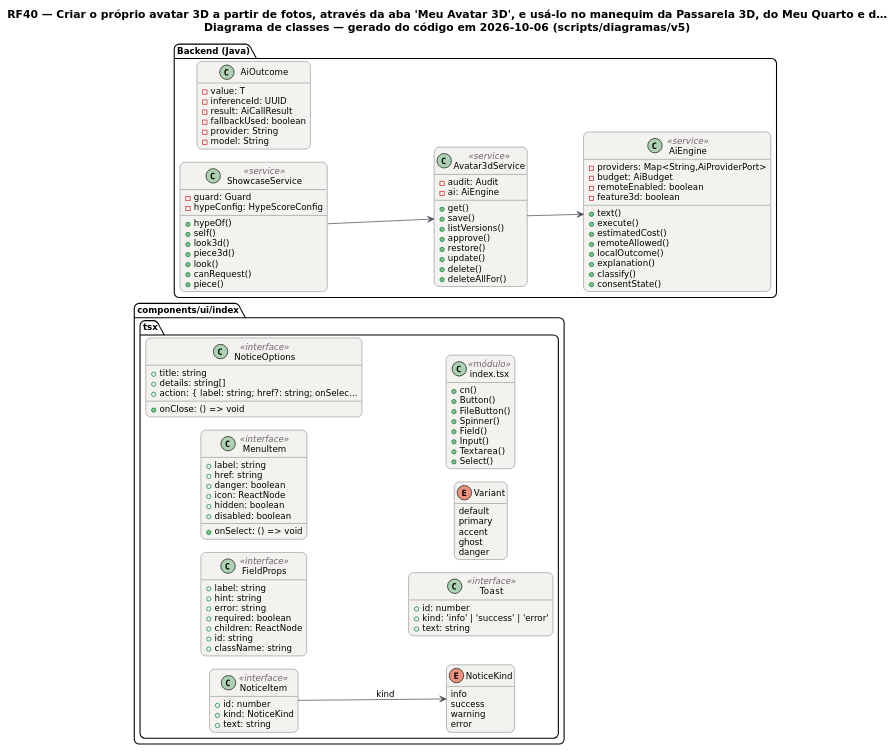
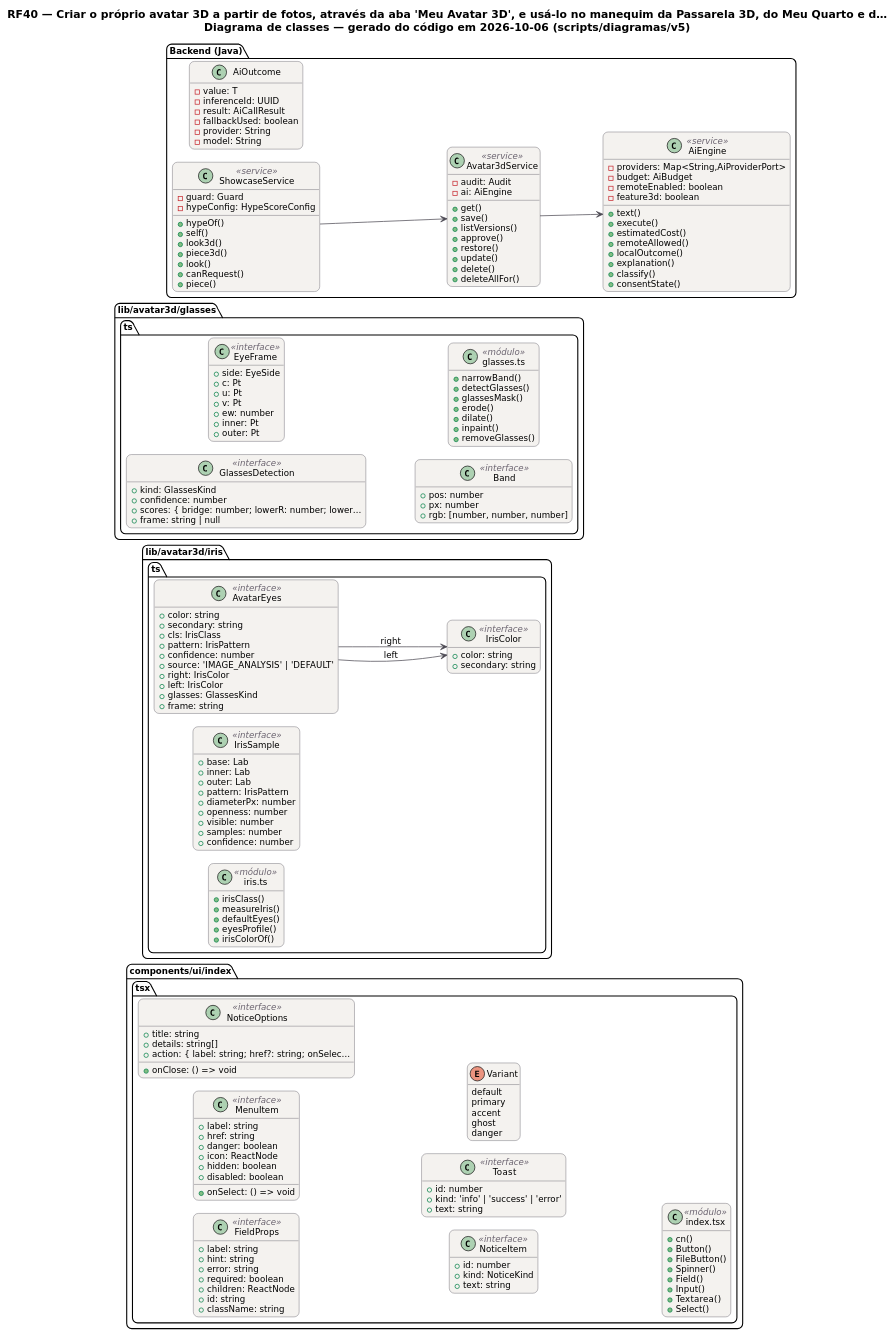
Before and after one commit to MatheusHaliski/tcc-2026-fashion-ai-backend: the diagram in docs/diagramas/RF40/RF40-classes.puml, drawn with PlantUML. The commit also changed 30 other files, not shown here.

```diff
--- a/docs/diagramas/RF40/RF40-classes.puml
+++ b/docs/diagramas/RF40/RF40-classes.puml
@@ -1,134 +1,196 @@
 @startuml RF40_Classes
 !pragma layout smetana
 skinparam backgroundColor #FFFFFF
 skinparam shadowing false
 skinparam defaultFontName "DejaVu Sans"
 skinparam defaultFontSize 12
 skinparam titleFontSize 15
 skinparam roundcorner 14
 skinparam ArrowColor #52606D
 skinparam note {
   BackgroundColor #FFFDEB
   BorderColor #D8CE78
   FontColor #554F24
 }
 skinparam class {
   BackgroundColor #F4F2EF
   BorderColor #4A4852
   ArrowColor #4A4852
   StereotypeFontColor #6B6470
 }
 hide empty members
 left to right direction
 title RF40 — Criar o próprio avatar 3D a partir de fotos, através da aba 'Meu Avatar 3D', e usá-lo no manequim da Passarela 3D, do Meu Quarto e d…\nDiagrama de classes — gerado do código em 2026-10-06 (scripts/diagramas/v5)
 
 package "components/ui/index.tsx" {
   class FieldProps as "FieldProps" <<interface>> {
     +label: string
     +hint: string
     +error: string
     +required: boolean
     +children: ReactNode
     +id: string
     +className: string
   }
   class MenuItem as "MenuItem" <<interface>> {
     +label: string
     +onSelect: () => void
     +href: string
     +danger: boolean
     +icon: ReactNode
     +hidden: boolean
     +disabled: boolean
   }
   class NoticeOptions as "NoticeOptions" <<interface>> {
     +title: string
     +details: string[]
     +action: { label: string; href?: string; onSelec…
     +onClose: () => void
   }
   class NoticeItem as "NoticeItem" <<interface>> {
     +id: number
     +kind: NoticeKind
     +text: string
   }
   class Toast as "Toast" <<interface>> {
     +id: number
     +kind: 'info' | 'success' | 'error'
     +text: string
   }
   enum Variant as "Variant" {
     default
     primary
     accent
     ghost
     danger
   }
-  enum NoticeKind as "NoticeKind" {
-    info
-    success
-    warning
-    error
-  }
   class mod_index_tsx as "index.tsx" <<módulo>> {
     +cn()
     +Button()
     +FileButton()
     +Spinner()
     +Field()
     +Input()
     +Textarea()
     +Select()
+  }
+}
+package "lib/avatar3d/iris.ts" {
+  class AvatarEyes as "AvatarEyes" <<interface>> {
+    +color: string
+    +secondary: string
+    +cls: IrisClass
+    +pattern: IrisPattern
+    +confidence: number
+    +source: 'IMAGE_ANALYSIS' | 'DEFAULT'
+    +right: IrisColor
+    +left: IrisColor
+    +glasses: GlassesKind
+    +frame: string
+  }
+  class IrisSample as "IrisSample" <<interface>> {
+    +base: Lab
+    +inner: Lab
+    +outer: Lab
+    +pattern: IrisPattern
+    +diameterPx: number
+    +openness: number
+    +visible: number
+    +samples: number
+    +confidence: number
+  }
+  class IrisColor as "IrisColor" <<interface>> {
+    +color: string
+    +secondary: string
+  }
+  class mod_iris_ts as "iris.ts" <<módulo>> {
+    +irisClass()
+    +measureIris()
+    +defaultEyes()
+    +eyesProfile()
+    +irisColorOf()
+  }
+}
+package "lib/avatar3d/glasses.ts" {
+  class GlassesDetection as "GlassesDetection" <<interface>> {
+    +kind: GlassesKind
+    +confidence: number
+    +scores: { bridge: number; lowerR: number; lower…
+    +frame: string | null
+  }
+  class EyeFrame as "EyeFrame" <<interface>> {
+    +side: EyeSide
+    +c: Pt
+    +u: Pt
+    +v: Pt
+    +ew: number
+    +inner: Pt
+    +outer: Pt
+  }
+  class Band as "Band" <<interface>> {
+    +pos: number
+    +px: number
+    +rgb: [number, number, number]
+  }
+  class mod_glasses_ts as "glasses.ts" <<módulo>> {
+    +narrowBand()
+    +detectGlasses()
+    +glassesMask()
+    +erode()
+    +dilate()
+    +inpaint()
+    +removeGlasses()
   }
 }
 package "Backend (Java)" {
   class AiEngine <<service>> {
     -providers: Map<String,AiProviderPort>
     -budget: AiBudget
     -remoteEnabled: boolean
     -feature3d: boolean
     +text()
     +execute()
     +estimatedCost()
     +remoteAllowed()
     +localOutcome()
     +explanation()
     +classify()
     +consentState()
   }
   class AiOutcome  {
     -value: T
     -inferenceId: UUID
     -result: AiCallResult
     -fallbackUsed: boolean
     -provider: String
     -model: String
   }
   class Avatar3dService <<service>> {
     -audit: Audit
     -ai: AiEngine
     +get()
     +save()
     +listVersions()
     +approve()
     +restore()
     +update()
     +delete()
     +deleteAllFor()
   }
   class ShowcaseService <<service>> {
     -guard: Guard
     -hypeConfig: HypeScoreConfig
     +hypeOf()
     +self()
     +look3d()
     +piece3d()
     +look()
     +canRequest()
     +piece()
   }
 }
 Avatar3dService --> AiEngine
 ShowcaseService --> Avatar3dService
-NoticeItem --> NoticeKind : kind
+AvatarEyes --> IrisColor : left
+AvatarEyes --> IrisColor : right
 @enduml
```
